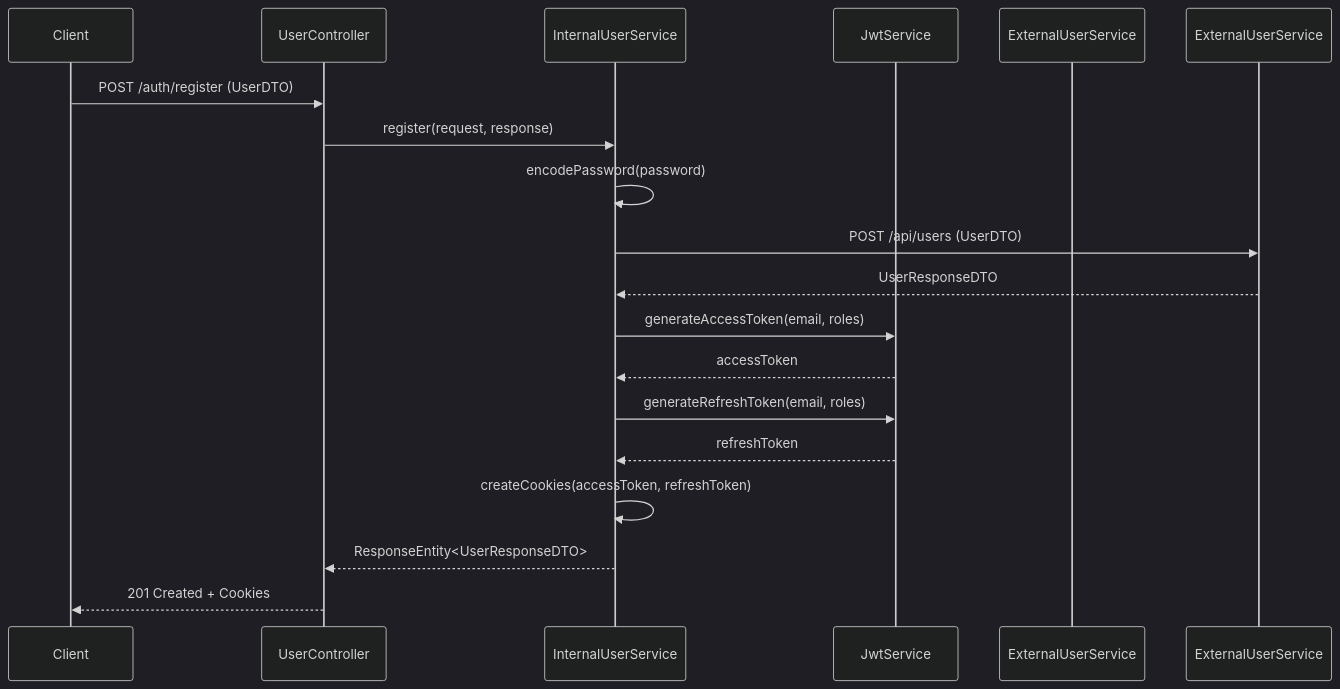
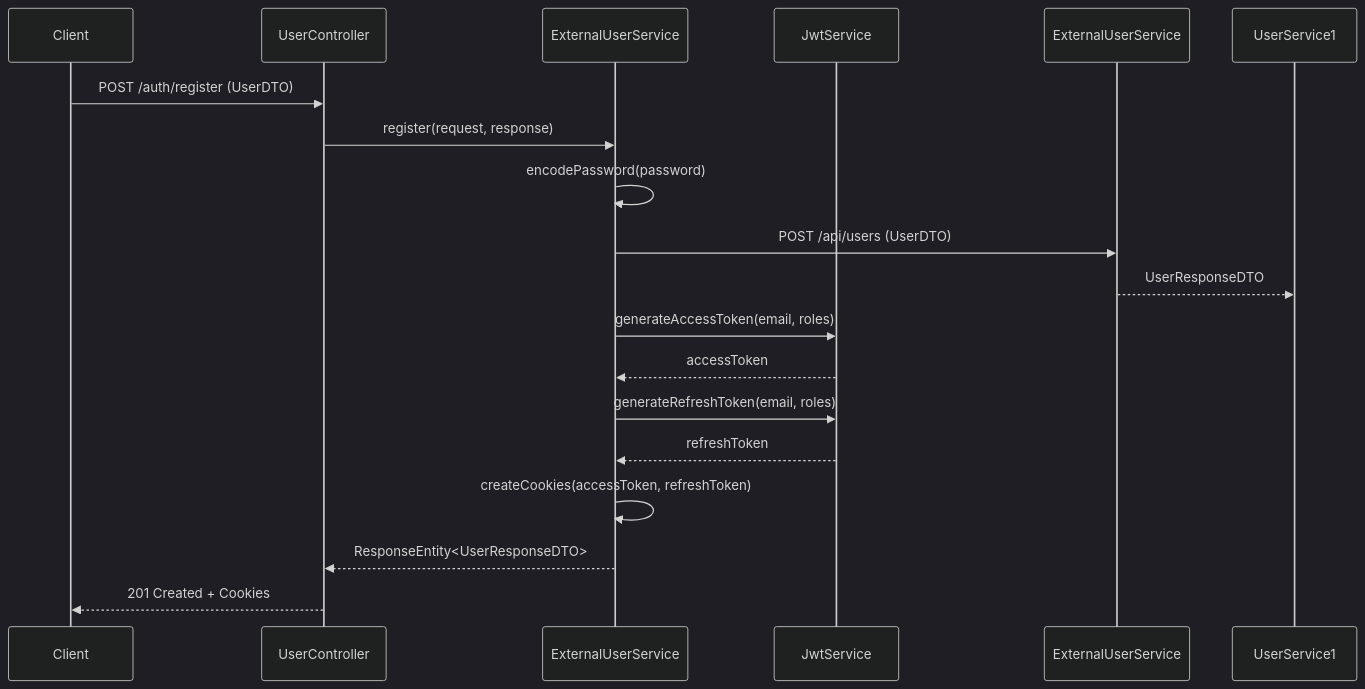
One commit to Fawry-Intern-Team/auth-api changed the first of 4 diagrams in README.md. Above: the diagram before and after it, drawn with Mermaid (dark theme).

````diff
--- a/README.md
+++ b/README.md
@@ -34,21 +34,21 @@
 ```mermaid
 sequenceDiagram
     participant Client
     participant UserController
-    participant UserService1 as InternalUserService
+    participant UserService
     participant JwtService
     participant UserService as ExternalUserService
 
     Client->>UserController: POST /auth/register (UserDTO)
-    UserController->>UserService1: register(request, response)
-    UserService1->>UserService1: encodePassword(password)
-    UserService1->>ExternalUserService: POST /api/users (UserDTO)
+    UserController->>UserService: register(request, response)
+    UserService->>UserService: encodePassword(password)
+    UserService->>ExternalUserService: POST /api/users (UserDTO)
     ExternalUserService-->>UserService1: UserResponseDTO
-    UserService1->>JwtService: generateAccessToken(email, roles)
-    JwtService-->>UserService1: accessToken
-    UserService1->>JwtService: generateRefreshToken(email, roles)
-    JwtService-->>UserService1: refreshToken
-    UserService1->>UserService1: createCookies(accessToken, refreshToken)
-    UserService1-->>UserController: ResponseEntity<UserResponseDTO>
+    UserService->>JwtService: generateAccessToken(email, roles)
+    JwtService-->>UserService: accessToken
+    UserService->>JwtService: generateRefreshToken(email, roles)
+    JwtService-->>UserService: refreshToken
+    UserService->>UserService: createCookies(accessToken, refreshToken)
+    UserService-->>UserController: ResponseEntity<UserResponseDTO>
     UserController-->>Client: 201 Created + Cookies
 ```
````
